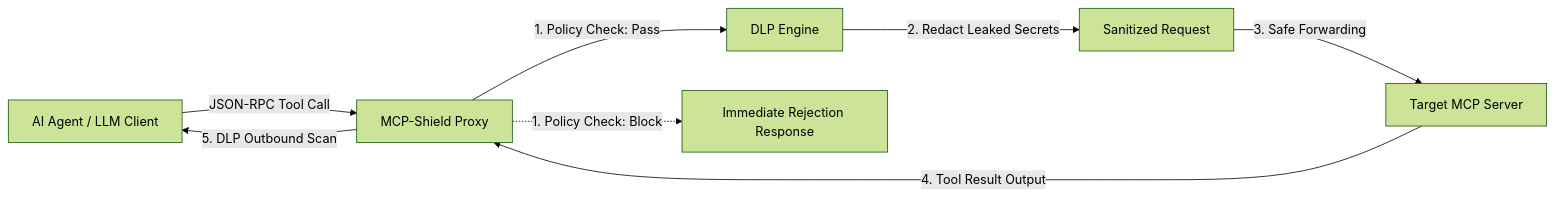
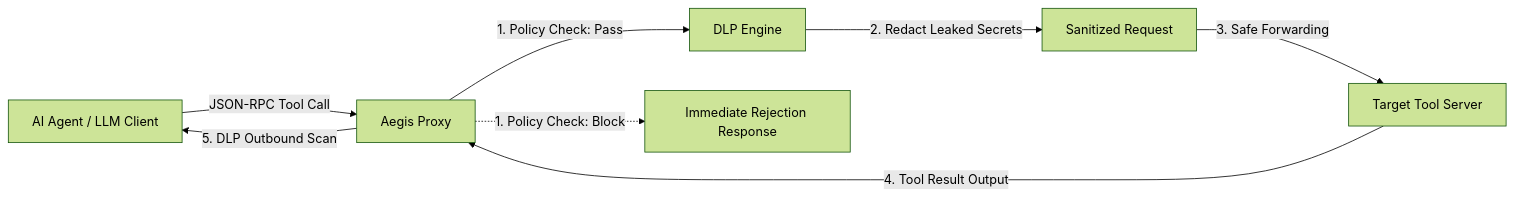
One commit to bhavukar/aegis changed the diagram in README.md. Above: the diagram before and after it, drawn with Mermaid (forest theme). The commit also changed other lines of this file and 4 other files, not shown here.

````diff
--- a/README.md
+++ b/README.md
@@ -17,10 +17,10 @@
 ```mermaid
 flowchart LR
-    A[AI Agent / LLM Client] -->|JSON-RPC Tool Call| B[ MCP-Shield Proxy]
-    B -->|1. Policy Check: Pass| C[DLP Engine]
-    B -.->|1. Policy Check: Block| F[ Immediate Rejection Response]
-    C -->|2. Redact Leaked Secrets| D[Sanitized Request]
-    D -->|3. Safe Forwarding| E[Target MCP Server]
-    E -->|4. Tool Result Output| B
-    B -->|5. DLP Outbound Scan| A
+    A["AI Agent / LLM Client"] -->|"JSON-RPC Tool Call"| B["Aegis Proxy"]
+    B -->|"1. Policy Check: Pass"| C["DLP Engine"]
+    B -.->|"1. Policy Check: Block"| F["Immediate Rejection Response"]
+    C -->|"2. Redact Leaked Secrets"| D["Sanitized Request"]
+    D -->|"3. Safe Forwarding"| E["Target Tool Server"]
+    E -->|"4. Tool Result Output"| B
+    B -->|"5. DLP Outbound Scan"| A
 ```
````
